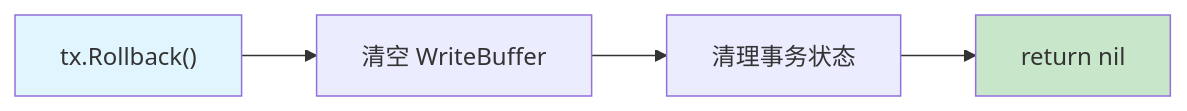
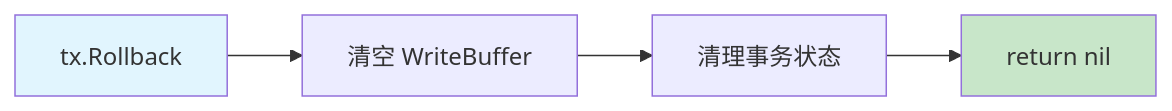
One commit to jzhang405/NexKV changed the ninth of 13 diagrams in docs/07_spike/btree-refactor/2026-04-10-mvcc-phase2-plan.md. Above: the diagram before and after it, drawn with Mermaid. The commit also changed other lines of this file, not shown here.

````diff
--- a/docs/07_spike/btree-refactor/2026-04-10-mvcc-phase2-plan.md
+++ b/docs/07_spike/btree-refactor/2026-04-10-mvcc-phase2-plan.md
@@ -1677,9 +1781,9 @@
 ```mermaid
 flowchart LR
-    START["tx.Rollback()"] --> CLEAR["清空 WriteBuffer"]
-    CLEAR --> CLEANUP["清理事务状态"]
-    CLEANUP --> RETURN["return nil"]
+ START["tx.Rollback"] --> CLEAR["清空 WriteBuffer"]
+ CLEAR --> CLEANUP["清理事务状态"]
+ CLEANUP --> RETURN["return nil"]
 
-    style START fill:#e1f5fe
-    style RETURN fill:#c8e6c9
+ style START fill:#e1f5fe
+ style RETURN fill:#c8e6c9
 ```
````
